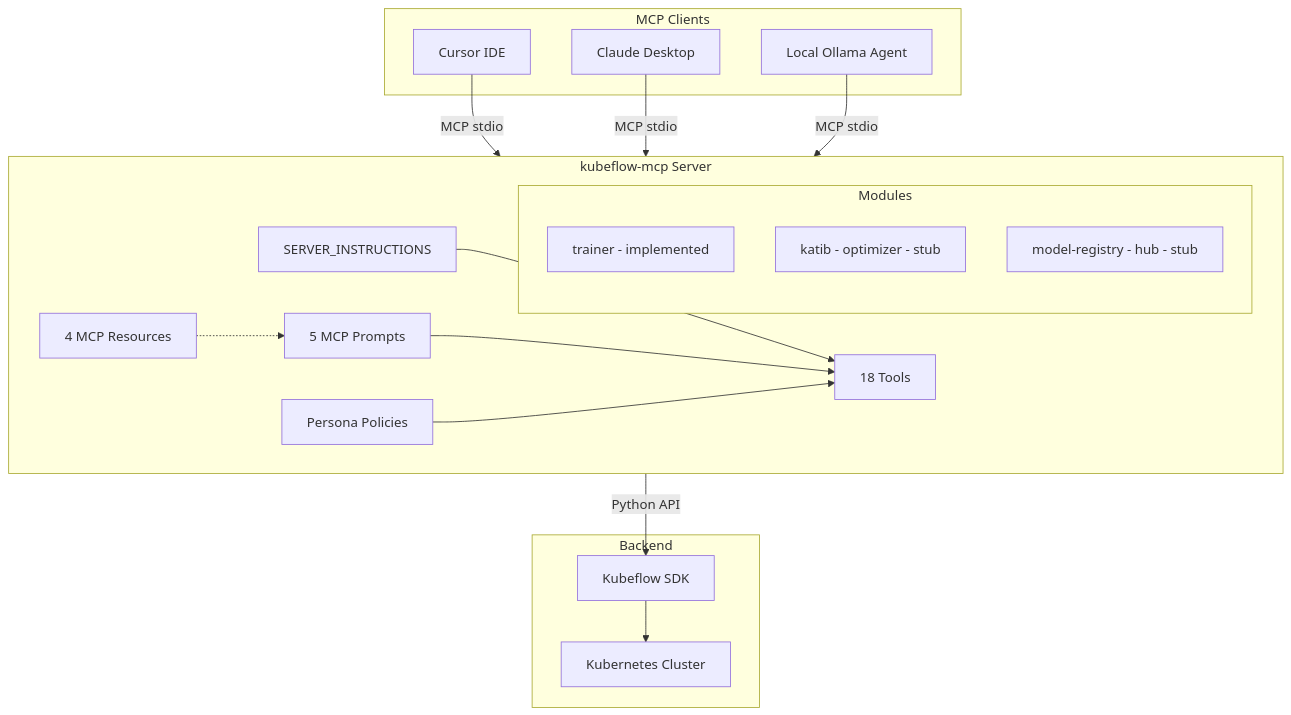
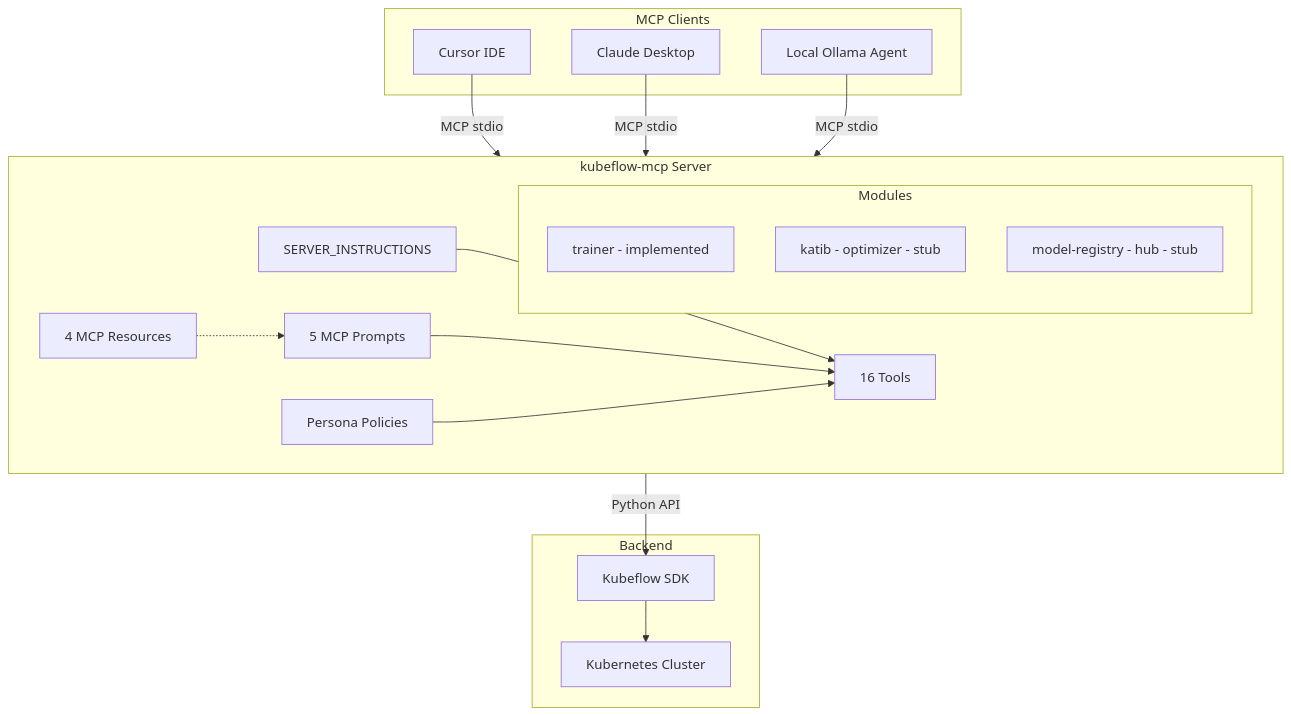
The first of 6 diagrams in ARCHITECTURE.md (abhijeet-dhumal/mcp-server), drawn with Mermaid before and after one commit. The commit also changed 24 other files, not shown here.

````diff
--- a/ARCHITECTURE.md
+++ b/ARCHITECTURE.md
@@ -7,38 +7,38 @@
 ```mermaid
 flowchart TB
     subgraph Clients["MCP Clients"]
         Cursor[Cursor IDE]
         Claude[Claude Desktop]
         LocalAgent[Local Ollama Agent]
     end
 
     subgraph Server["kubeflow-mcp Server"]
         Instructions[SERVER_INSTRUCTIONS]
         Prompts[5 MCP Prompts]
         Resources[4 MCP Resources]
-        Tools[18 Tools]
+        Tools[16 Tools]
         Policy[Persona Policies]
         
         subgraph Modules["Modules"]
             Trainer[trainer - implemented]
             Optimizer[katib - optimizer - stub ]
             Hub[model-registry - hub - stub ]
         end
         
         Instructions --> Tools
         Prompts --> Tools
         Resources -.-> Prompts
         Policy --> Tools
     end
 
     subgraph Backend["Backend"]
         SDK[Kubeflow SDK]
         K8s[Kubernetes Cluster]
         SDK --> K8s
     end
 
     Cursor -->|MCP stdio| Server
     Claude -->|MCP stdio| Server
     LocalAgent -->|MCP stdio| Server
     Server -->|Python API| SDK
 ```
````
